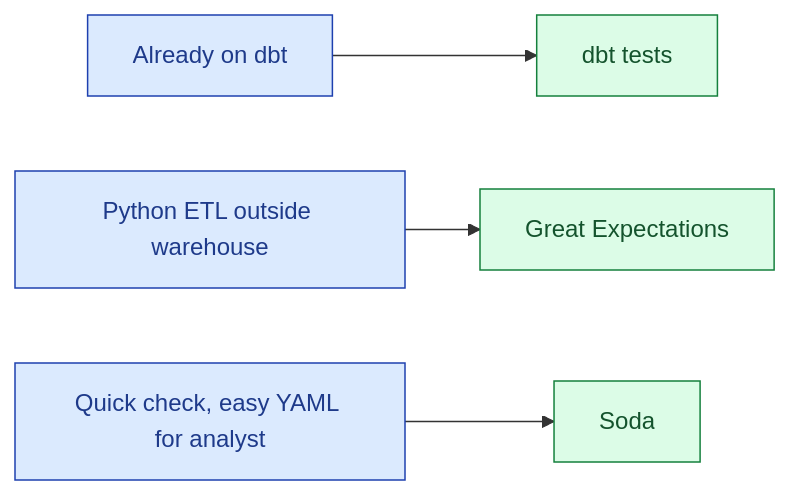
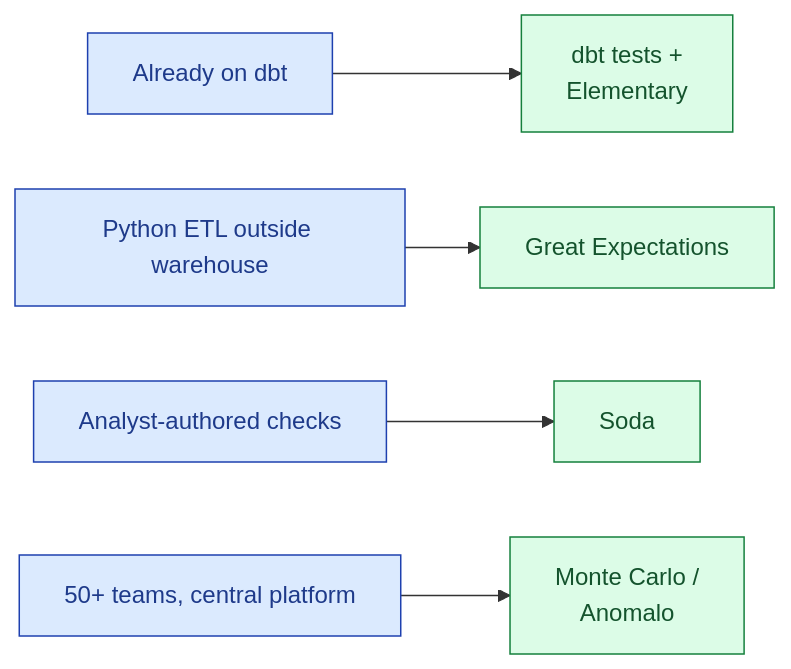
One commit to shiningflash/shiningflash.github.io changed the first of 2 diagrams in _de_concepts/049-data-quality-tools.md. Above: the diagram before and after it, drawn with Mermaid. The commit also changed other lines of this file and 69 other files, not shown here.

````diff
--- a/_de_concepts/049-data-quality-tools.md
+++ b/_de_concepts/049-data-quality-tools.md
@@ -19,9 +12,10 @@
 ```mermaid
 flowchart LR
-    Use1["Already on dbt"]:::a --> Pick1["dbt tests"]:::g
+    Use1["Already on dbt"]:::a --> Pick1["dbt tests +<br/>Elementary"]:::g
     Use2["Python ETL outside warehouse"]:::a --> Pick2["Great Expectations"]:::g
-    Use3["Quick check, easy YAML for analyst"]:::a --> Pick3["Soda"]:::g
+    Use3["Analyst-authored checks"]:::a --> Pick3["Soda"]:::g
+    Use4["50+ teams, central platform"]:::a --> Pick4["Monte Carlo /<br/>Anomalo"]:::g
 
     classDef a fill:#dbeafe,stroke:#1e40af,color:#1e3a8a
     classDef g fill:#dcfce7,stroke:#15803d,color:#14532d
 ```
````
